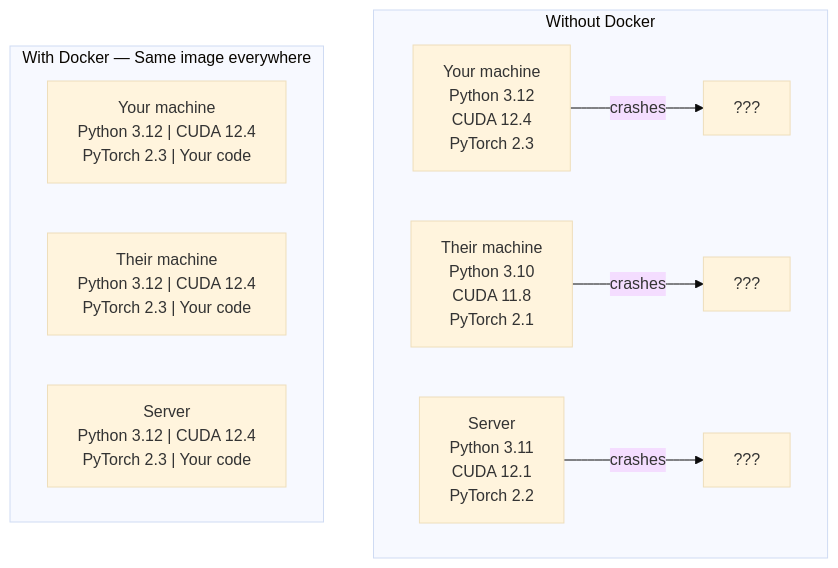
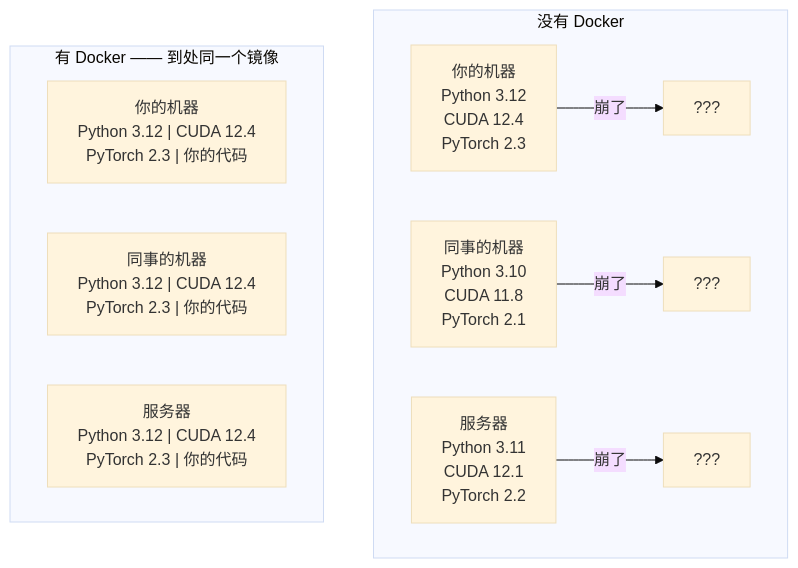
The diagram in phases/00-setup-and-tooling/07-docker-for-ai/docs/zh.md (alessandrodinisio-ai/ai-engineering-learning-framework), drawn with Mermaid (base theme) before and after one commit. The commit also changed 120 other files, not shown here.

First line of the commit message:
i18n(mermaid): 337 个 mermaid 图表标签中文化

````diff
--- a/phases/00-setup-and-tooling/07-docker-for-ai/docs/zh.md
+++ b/phases/00-setup-and-tooling/07-docker-for-ai/docs/zh.md
@@ -27,14 +27,14 @@
 ```mermaid
 graph TD
-    subgraph without["Without Docker"]
-        A1["Your machine<br/>Python 3.12<br/>CUDA 12.4<br/>PyTorch 2.3"] -->|crashes| X1["???"]
-        A2["Their machine<br/>Python 3.10<br/>CUDA 11.8<br/>PyTorch 2.1"] -->|crashes| X2["???"]
-        A3["Server<br/>Python 3.11<br/>CUDA 12.1<br/>PyTorch 2.2"] -->|crashes| X3["???"]
+    subgraph without["没有 Docker"]
+        A1["你的机器<br/>Python 3.12<br/>CUDA 12.4<br/>PyTorch 2.3"] -->|崩了| X1["???"]
+        A2["同事的机器<br/>Python 3.10<br/>CUDA 11.8<br/>PyTorch 2.1"] -->|崩了| X2["???"]
+        A3["服务器<br/>Python 3.11<br/>CUDA 12.1<br/>PyTorch 2.2"] -->|崩了| X3["???"]
     end
 
-    subgraph with_docker["With Docker — Same image everywhere"]
-        B1["Your machine<br/>Python 3.12 | CUDA 12.4<br/>PyTorch 2.3 | Your code"]
-        B2["Their machine<br/>Python 3.12 | CUDA 12.4<br/>PyTorch 2.3 | Your code"]
-        B3["Server<br/>Python 3.12 | CUDA 12.4<br/>PyTorch 2.3 | Your code"]
+    subgraph with_docker["有 Docker —— 到处同一个镜像"]
+        B1["你的机器<br/>Python 3.12 | CUDA 12.4<br/>PyTorch 2.3 | 你的代码"]
+        B2["同事的机器<br/>Python 3.12 | CUDA 12.4<br/>PyTorch 2.3 | 你的代码"]
+        B3["服务器<br/>Python 3.12 | CUDA 12.4<br/>PyTorch 2.3 | 你的代码"]
     end
 ```
````
